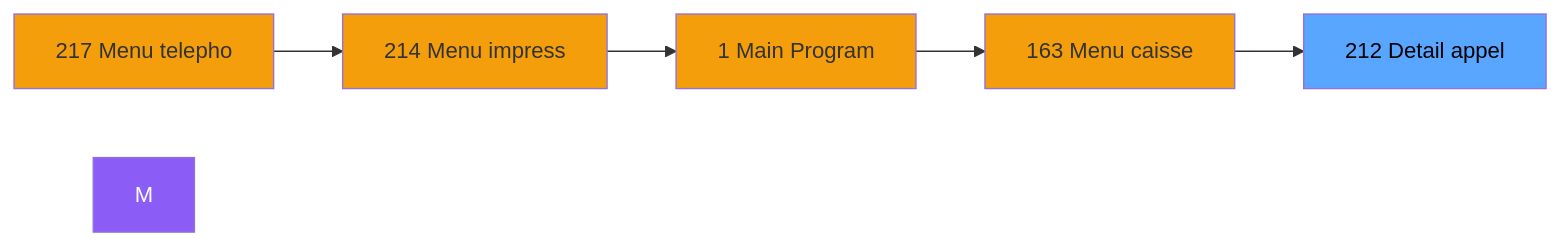
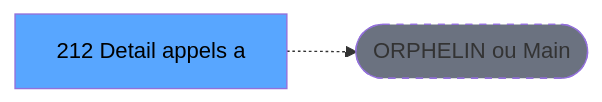
The second of 3 diagrams in .openspec/specs/ADH-IDE-212.md (thonyAGP/lecteur-magic), drawn with Mermaid before and after one commit. The commit also changed other lines of this file and 701 other files, not shown here.

````diff
--- a/.openspec/specs/ADH-IDE-212.md
+++ b/.openspec/specs/ADH-IDE-212.md
@@ -110,18 +118,8 @@
 ```mermaid
 graph LR
-    N217[217 Menu telepho]
-    N214[214 Menu impress]
-    N1[1 Main Program]
-    N163[163 Menu caisse ]
-    T[212 Detail appel]
-    N217 --> N214
-    N214 --> N1
-    N1 --> N163
-    N163 --> T
-    style M fill:#8b5cf6,color:#fff
-    style N217 fill:#f59e0b
-    style N214 fill:#f59e0b
-    style N1 fill:#f59e0b
-    style N163 fill:#f59e0b
+    T[212 Detail appels a]
+    ORPHAN([ORPHELIN ou Main])
+    T -.-> ORPHAN
     style T fill:#58a6ff,color:#000
+    style ORPHAN fill:#6b7280,stroke-dasharray: 5 5
 ```
````
